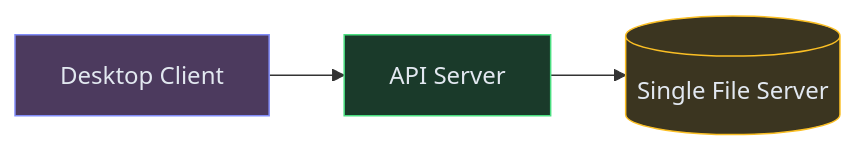
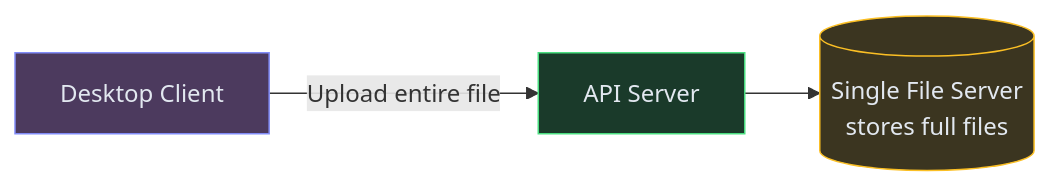
Before and after one commit to iluzn/HLD-Designs: the first of 7 diagrams in content/hld/Dropbox.md, drawn with Mermaid. The commit also changed other lines of this file and 26 other files, not shown here.

````diff
--- a/content/hld/Dropbox.md
+++ b/content/hld/Dropbox.md
@@ -23,13 +25,13 @@
 ```mermaid
 flowchart LR
     CLIENT["Desktop Client"]:::client
     API["API Server"]:::service
-    STORE[("Single File Server")]:::data
+    STORE[("Single File Server<br/>stores full files")]:::data
 
-    CLIENT --> API
+    CLIENT -->|"Upload entire file"| API
     API --> STORE
 
     classDef client fill:#4c3a5e,stroke:#818cf8,color:#e2e8f0
     classDef service fill:#1a3a2a,stroke:#4ade80,color:#e2e8f0
     classDef data fill:#3b3520,stroke:#fbbf24,color:#e2e8f0
 ```
````
